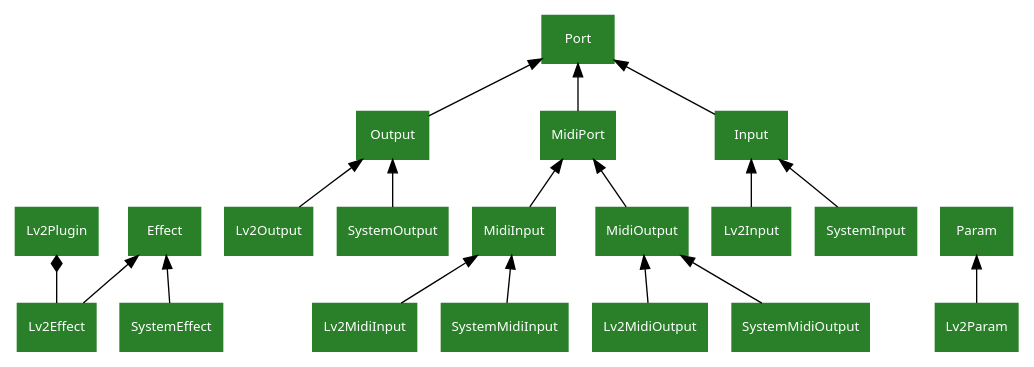
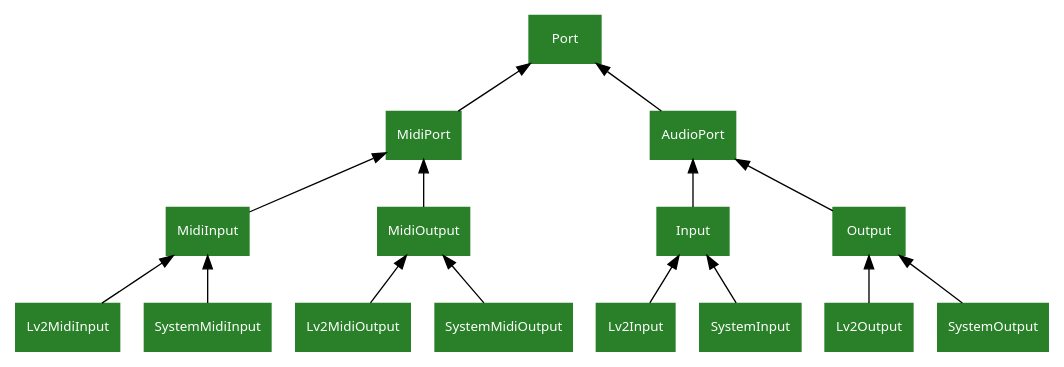
The second of 4 diagrams in docs/source/model.rst (PedalPi/PluginsManager), drawn with Graphviz before and after one commit. The commit also changed other lines of this file and 15 other files, not shown here.

Commit message:
#67 - Created AudioPort. Fix changelog docs

```diff
--- a/docs/source/model.rst
+++ b/docs/source/model.rst
@@ -40,31 +40,26 @@
 .. graphviz::
 
     digraph classes {
         graph [rankdir=BT];
         node [shape=rect, style=filled, color="#298029", fontname=Sans, fontcolor="#ffffff", fontsize=10];
 
-        Lv2Effect->Lv2Plugin[
-            dir="backward", arrowhead="diamond", arrowtail="normal"
-        ];
-        Lv2Effect->Effect;
-        SystemEffect->Effect;
+        AudioPort->Port;
 
-        Input->Port;
-        Output->Port;
+        Input->AudioPort;
+        Output->AudioPort;
 
         MidiPort->Port;
         MidiInput->MidiPort;
         MidiOutput->MidiPort;
 
         Lv2Input->Input;
         Lv2Output->Output;
         Lv2MidiInput->MidiInput;
         Lv2MidiOutput->MidiOutput;
 
         SystemInput->Input;
         SystemOutput->Output;
         SystemMidiInput->MidiInput;
         SystemMidiOutput->MidiOutput;
 
-        Lv2Param->Param;
     }
```
